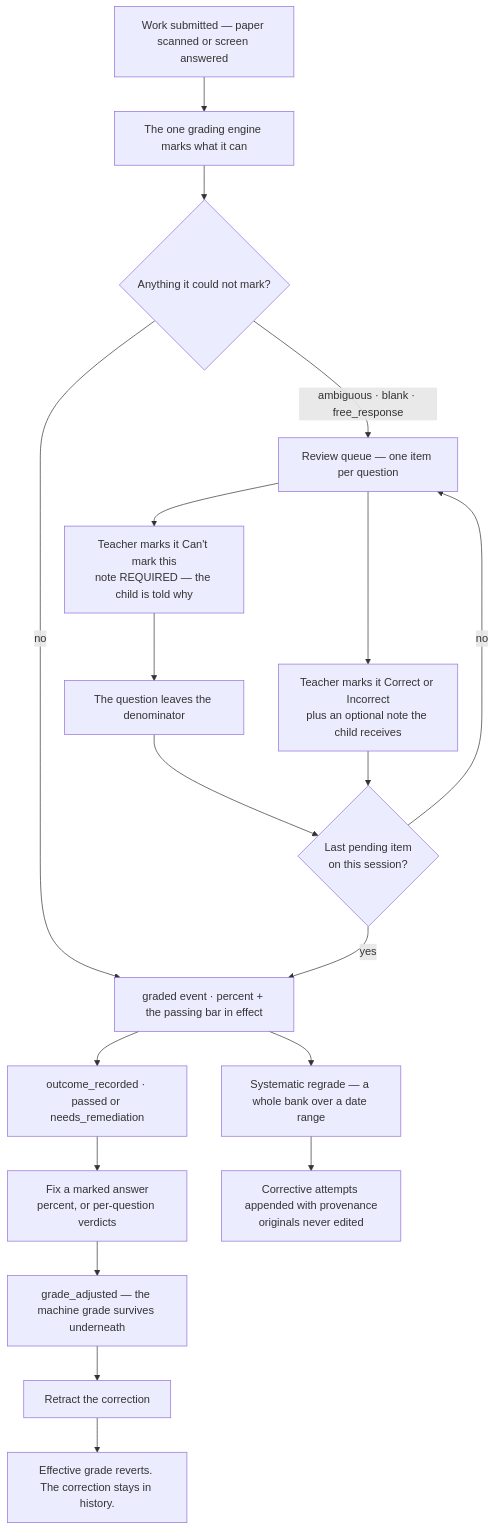
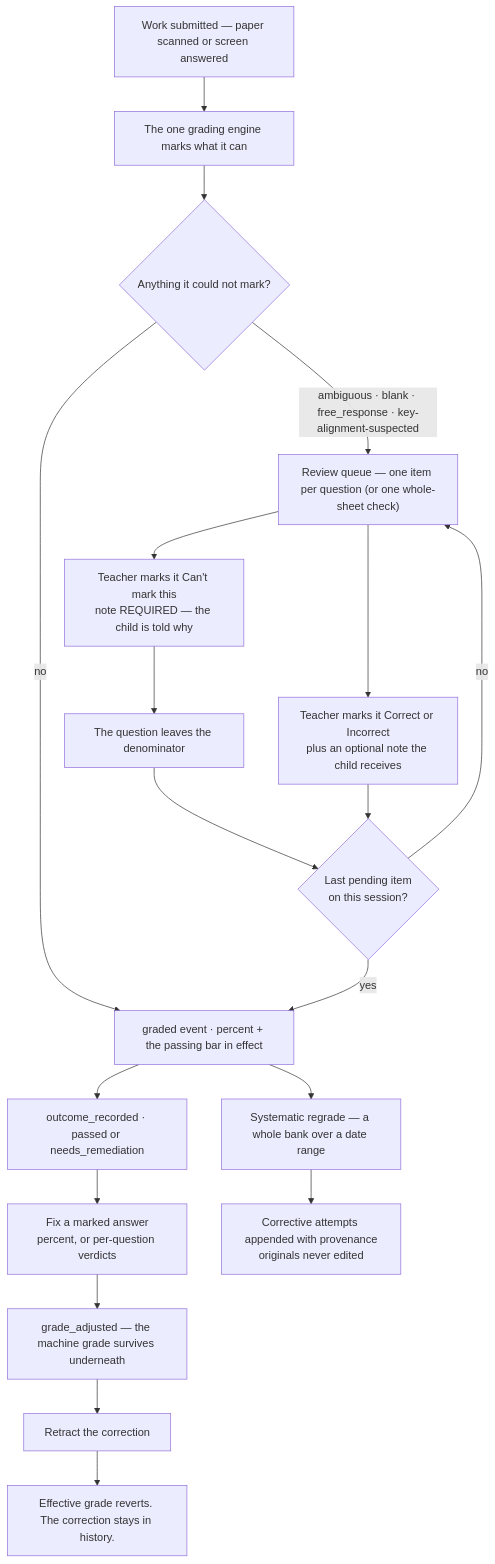
The sixth of 16 diagrams in docs/reference/school/teacher.md (kckern/DaylightStation), drawn with Mermaid before and after one commit. The commit also changed other lines of this file and 1 other file, not shown here.

````diff
--- a/docs/reference/school/teacher.md
+++ b/docs/reference/school/teacher.md
@@ -413,24 +413,24 @@
 ```mermaid
 flowchart TD
     SUB["Work submitted — paper scanned or screen answered"] --> AUTO["The one grading engine marks what it can"]
     AUTO --> AMB{"Anything it could not mark?"}
     AMB -->|no| GRADED["graded event · percent + the passing bar in effect"]
-    AMB -->|"ambiguous · blank · free_response"| Q["Review queue — one item per question"]
+    AMB -->|"ambiguous · blank · free_response · key-alignment-suspected"| Q["Review queue — one item per question (or one whole-sheet check)"]
 
     Q --> RES["Teacher marks it Correct or Incorrect<br/>plus an optional note the child receives"]
     Q --> VOID["Teacher marks it Can't mark this<br/>note REQUIRED — the child is told why"]
     VOID --> DEN["The question leaves the denominator"]
     DEN --> LAST
     RES --> LAST{"Last pending item<br/>on this session?"}
     LAST -->|yes| GRADED
     LAST -->|no| Q
 
     GRADED --> OUT["outcome_recorded · passed or needs_remediation"]
     OUT --> ADJ["Fix a marked answer<br/>percent, or per-question verdicts"]
     ADJ --> EFF["grade_adjusted — the machine grade survives underneath"]
     EFF --> RETR["Retract the correction"]
     RETR --> EFF2["Effective grade reverts. The correction stays in history."]
 
     GRADED --> BULK["Systematic regrade — a whole bank over a date range"]
     BULK --> CORR["Corrective attempts appended with provenance<br/>originals never edited"]
 ```
````
